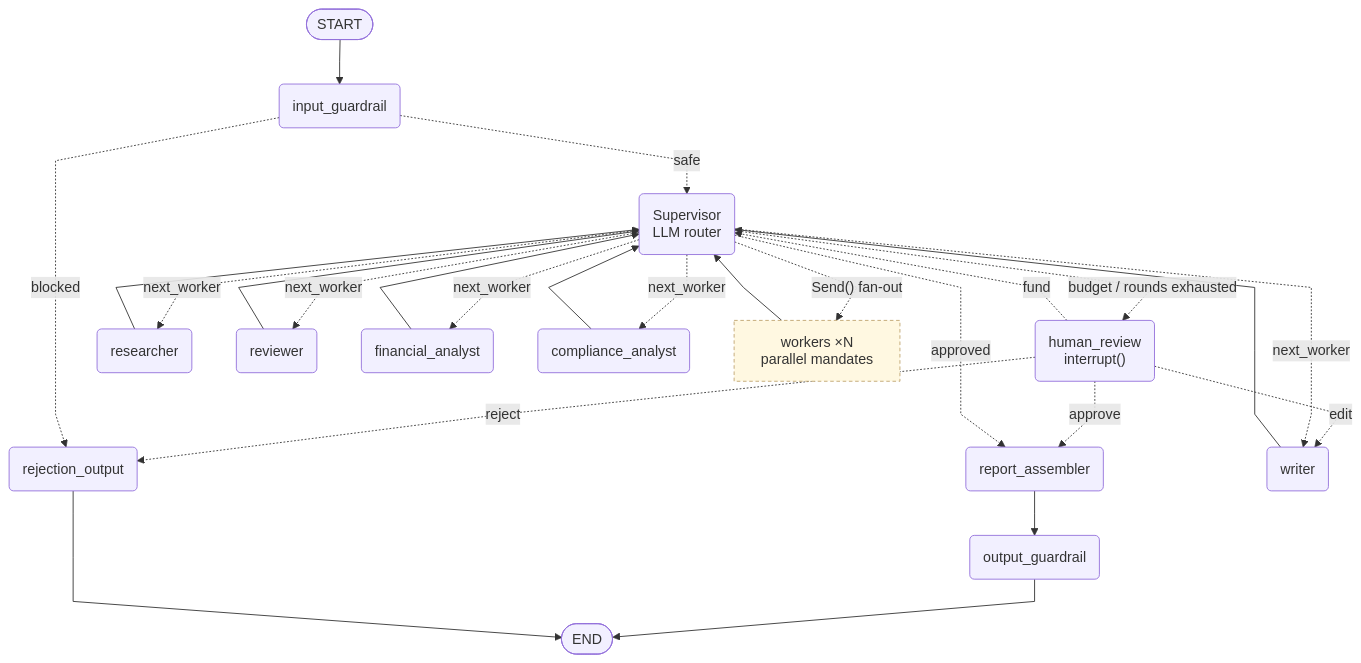
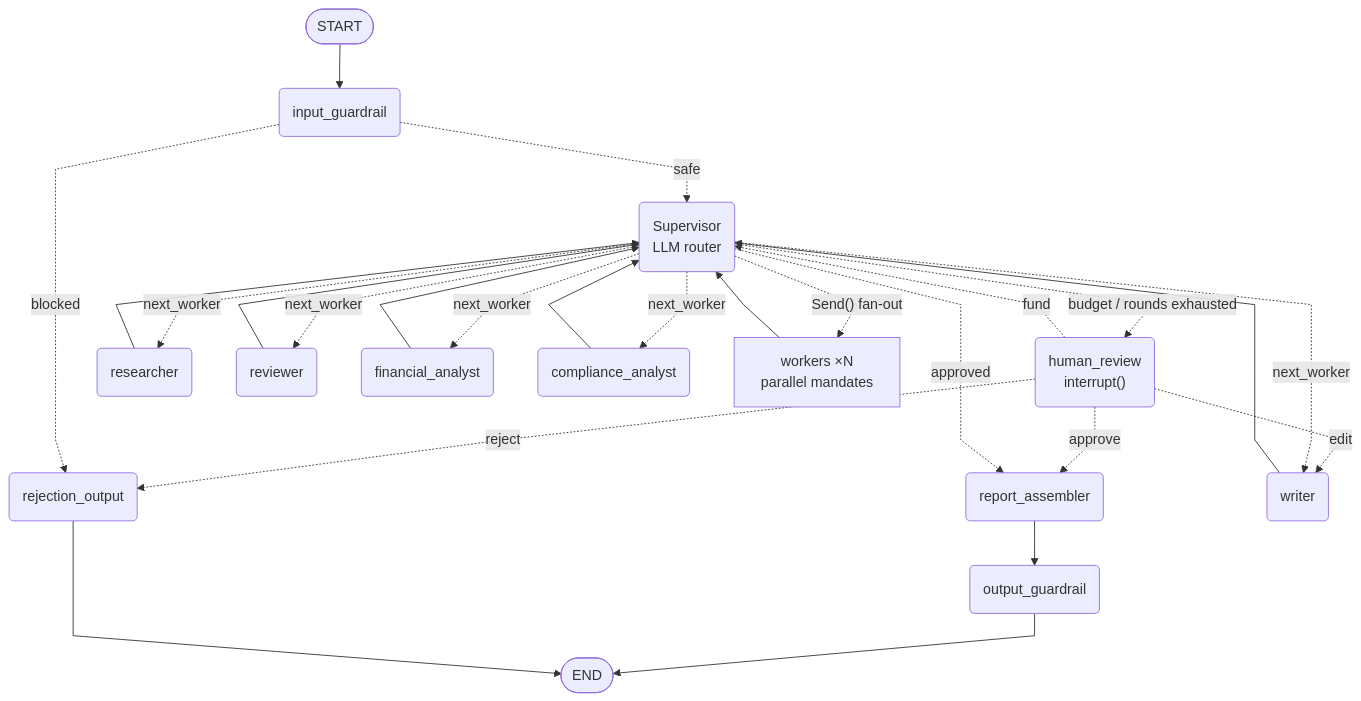
Before and after one commit to kanderson-ai-dev/langgraph-multiagent-orchestrator: the first of 2 diagrams in README.md, drawn with Mermaid. The commit also changed other lines of this file and 1 other file, not shown here.

Commit message:
docs(readme): drop pastel mermaid styling for theme-default rendering
The generated classDef fills overrode the viewer's theme — on GitHub
dark mode the pale boxes read as an eyesore. The previous hand-drawn
diagram carried no styling at all, so the generator now strips classDefs
(and the system view's registry highlight goes with it); the drift test
keeps the block byte-identical to a fresh generation.

````diff
--- a/README.md
+++ b/README.md
@@ -106,49 +106,45 @@
 ```mermaid
 ---
 config:
   flowchart:
     curve: linear
 ---
 graph TD;
 	__start__([START])
 	input_guardrail(input_guardrail)
 	supervisor("Supervisor<br/>LLM router")
 	human_review("human_review<br/>interrupt()")
 	report_assembler(report_assembler)
 	output_guardrail(output_guardrail)
 	rejection_output(rejection_output)
 	researcher(researcher)
 	writer(writer)
 	reviewer(reviewer)
 	financial_analyst(financial_analyst)
 	compliance_analyst(compliance_analyst)
 	__end__([END])
 	__start__ --> input_guardrail;
 	compliance_analyst --> supervisor;
 	financial_analyst --> supervisor;
 	human_review -. "reject" .-> rejection_output;
 	human_review -. "approve" .-> report_assembler;
 	human_review -. "fund" .-> supervisor;
 	human_review -. "edit" .-> writer;
 	input_guardrail -. "blocked" .-> rejection_output;
 	input_guardrail -. "safe" .-> supervisor;
 	report_assembler --> output_guardrail;
 	researcher --> supervisor;
 	reviewer --> supervisor;
 	supervisor -. "next_worker" .-> compliance_analyst;
 	supervisor -. "next_worker" .-> financial_analyst;
 	supervisor -. "budget / rounds exhausted" .-> human_review;
 	supervisor -. "approved" .-> report_assembler;
 	supervisor -. "next_worker" .-> researcher;
 	supervisor -. "next_worker" .-> reviewer;
 	supervisor -. "next_worker" .-> writer;
 	writer --> supervisor;
 	output_guardrail --> __end__;
 	rejection_output --> __end__;
-	supervisor -. "Send() fan-out" .-> workers["workers ×N<br/>parallel mandates"]:::alias;
+	supervisor -. "Send() fan-out" .-> workers["workers ×N<br/>parallel mandates"];
 	workers --> supervisor;
-	classDef alias fill:#fff8e1,stroke:#bfa46f,stroke-dasharray:4 3
-	classDef default fill:#f2f0ff,line-height:1.2
-	classDef first fill-opacity:0
-	classDef last fill:#bfb6fc
 ```
````
